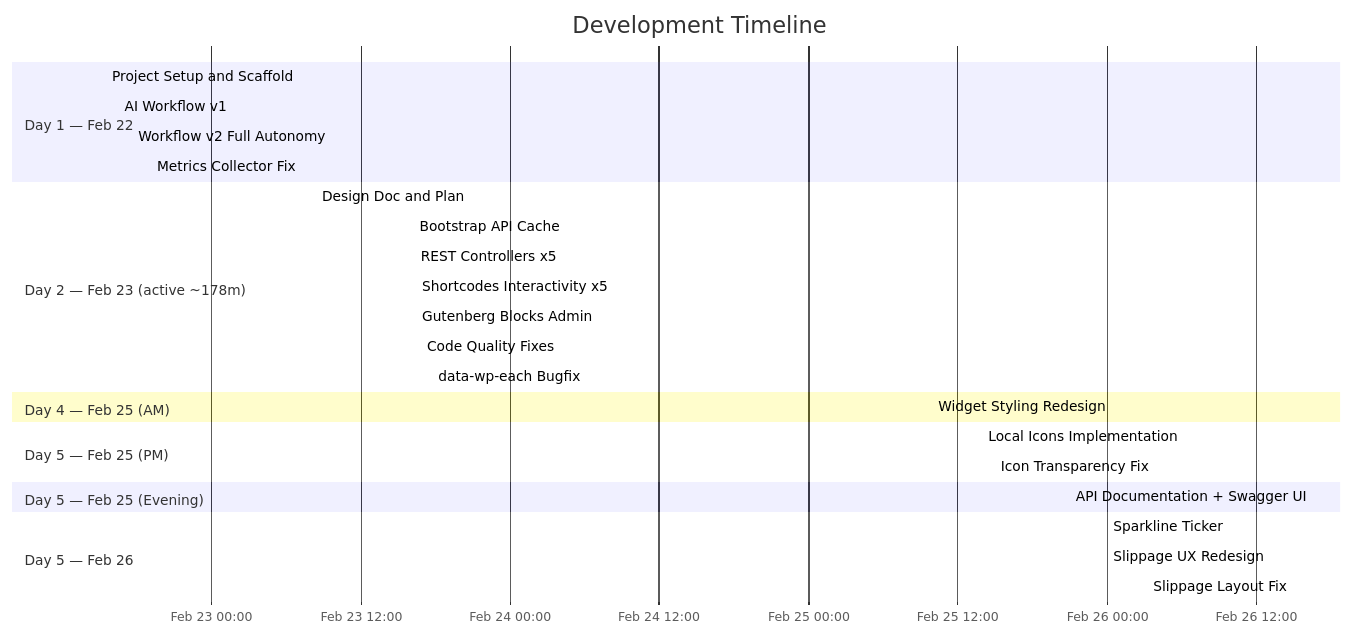
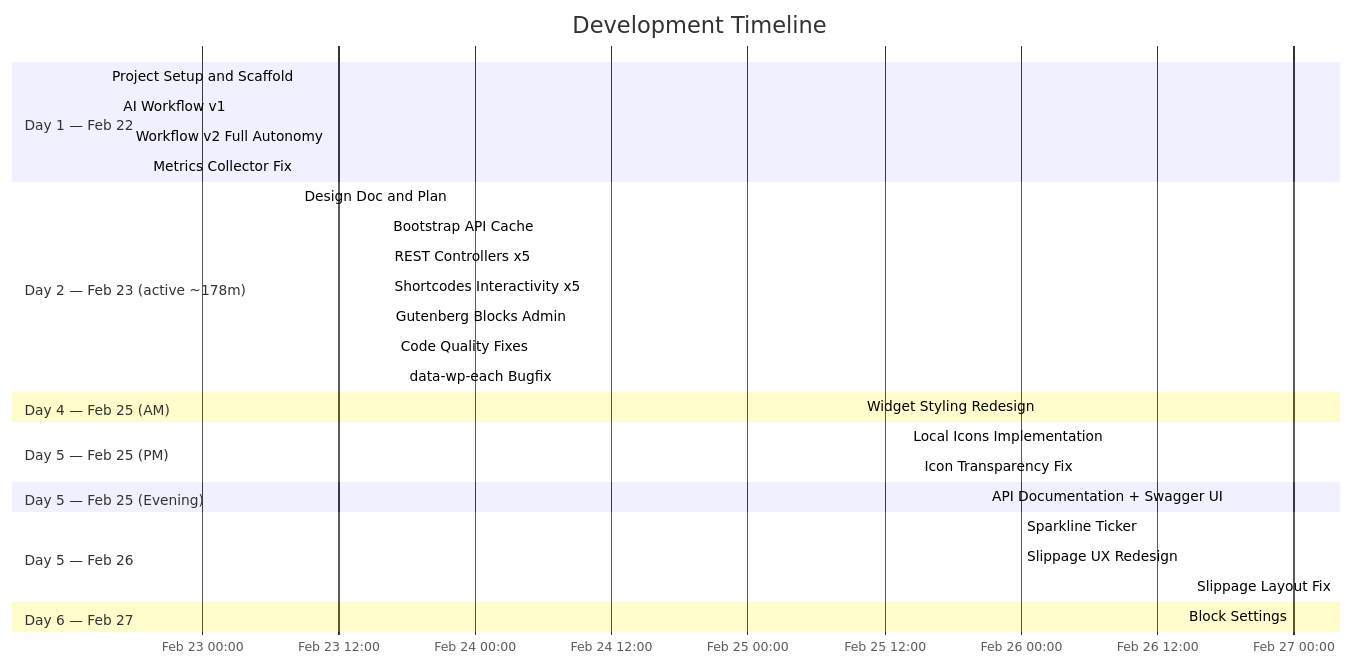
The third of 7 diagrams in README.md (atlantdak/claude-code-hackathon-xbo-market-kit), drawn with Mermaid before and after one commit. The commit also changed other lines of this file and 4 other files, not shown here.

First line of the commit message:
docs: update metrics, worklog, API docs, and README for block-settings task

````diff
--- a/README.md
+++ b/README.md
@@ -86,30 +88,32 @@
 ```mermaid
 gantt
     title Development Timeline
     dateFormat YYYY-MM-DD HH:mm
     axisFormat %b %d %H:%M
     section Day 1 — Feb 22
     Project Setup and Scaffold   :done, setup, 2026-02-22 15:33, 62min
     AI Workflow v1               :done, wf1, 2026-02-22 16:35, 66min
     Workflow v2 Full Autonomy    :done, wf2, 2026-02-22 17:41, 90min
     Metrics Collector Fix        :done, fix, 2026-02-22 19:11, 18min
     section Day 2 — Feb 23 (active ~178m)
     Design Doc and Plan          :done, plan, 2026-02-23 08:26, 128min
     Bootstrap API Cache          :done, core, 2026-02-23 16:18, 5min
     REST Controllers x5          :done, rest, 2026-02-23 16:22, 4min
     Shortcodes Interactivity x5  :done, sc, 2026-02-23 16:26, 5min
     Gutenberg Blocks Admin       :done, blk, 2026-02-23 16:31, 23min
     Code Quality Fixes           :done, qa, 2026-02-23 16:54, 52min
     data-wp-each Bugfix          :done, bugfix, 2026-02-23 17:46, 1min
     section Day 4 — Feb 25 (AM)
     Widget Styling Redesign    :done, style, 2026-02-25 10:00, 34min
     section Day 5 — Feb 25 (PM)
     Local Icons Implementation :done, icons, 2026-02-25 14:00, 53min
     Icon Transparency Fix      :done, iconfix, 2026-02-25 15:00, 5min
     section Day 5 — Feb 25 (Evening)
     API Documentation + Swagger UI :done, apidocs, 2026-02-25 21:00, 70min
     section Day 5 — Feb 26
     Sparkline Ticker              :done, sparkline, 2026-02-26 00:00, 60min
     Slippage UX Redesign          :done, slippage, 2026-02-26 00:00, 60min
     Slippage Layout Fix           :done, slipfix, 2026-02-26 15:00, 30min
+    section Day 6 — Feb 27
+    Block Settings                :done, blocksettings, 2026-02-27 00:00, 55min
 ```
````
